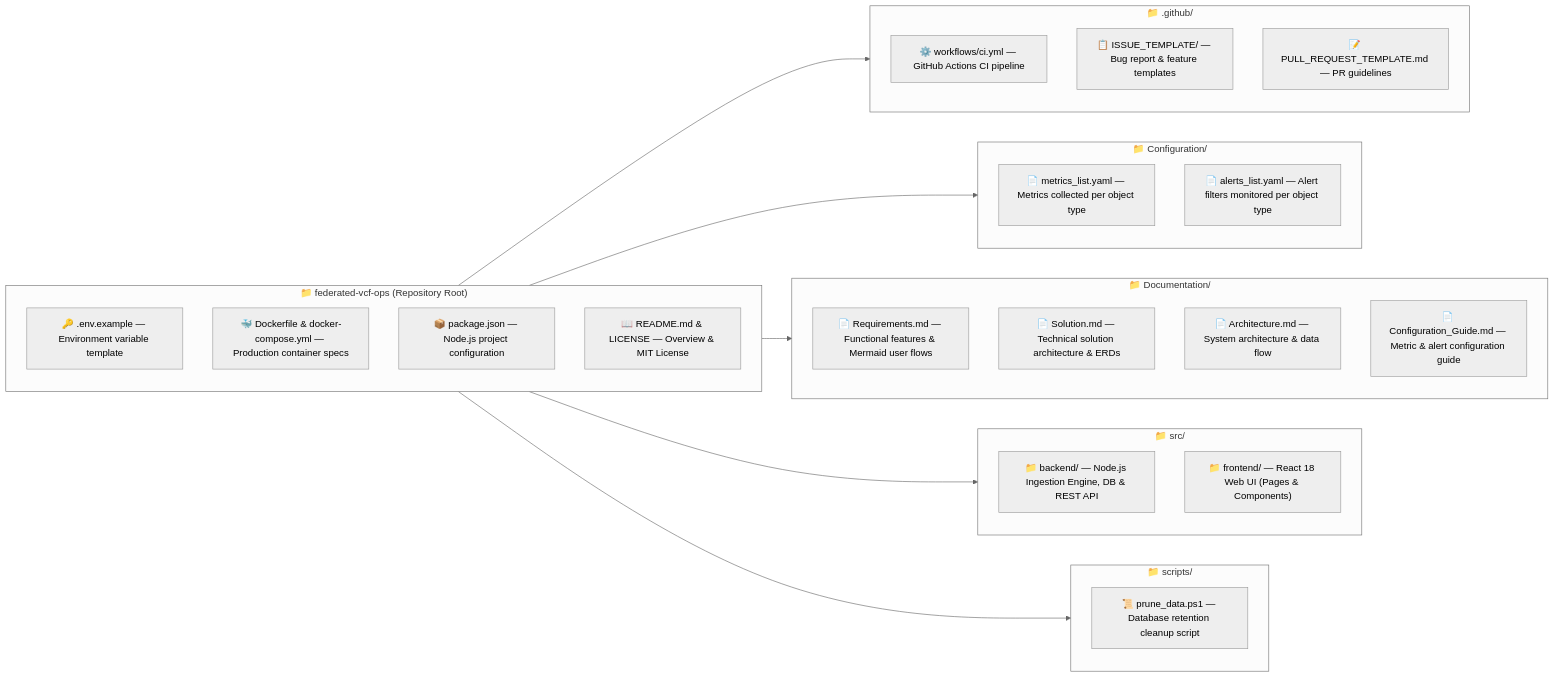
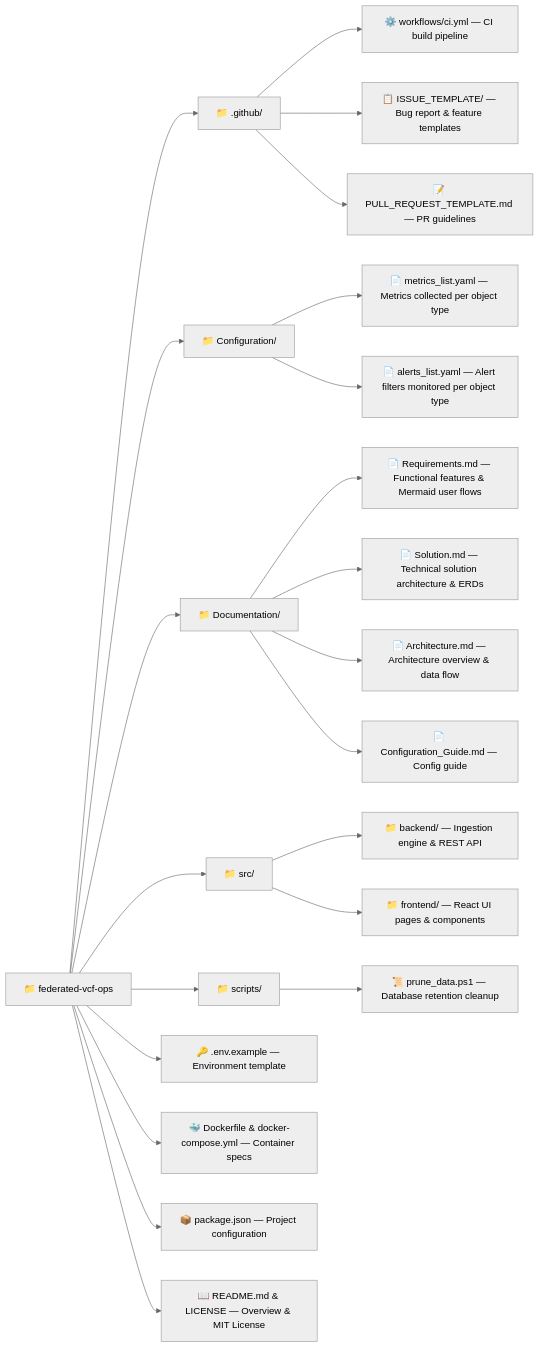
Before and after one commit to e1-rahabok/Federated-VCF-Operations: the diagram in README.md, drawn with Mermaid (neutral theme).

Commit message:
docs: simplify README Mermaid directory layout without subgraphs or custom boxes

````diff
--- a/README.md
+++ b/README.md
@@ -27,50 +27,29 @@
 ```mermaid
-flowchart LR
-    direction LR
+graph LR
+    Root[📁 federated-vcf-ops] --> GH[📁 .github/]
+    GH --> GH1[⚙️ workflows/ci.yml — CI build pipeline]
+    GH --> GH2[📋 ISSUE_TEMPLATE/ — Bug report & feature templates]
+    GH --> GH3[📝 PULL_REQUEST_TEMPLATE.md — PR guidelines]
 
-    subgraph Root ["📁 federated-vcf-ops (Repository Root)"]
-        direction TB
-        env["🔑 .env.example — Environment variable template"]
-        dock["🐳 Dockerfile & docker-compose.yml — Production container specs"]
-        pkg["📦 package.json — Node.js project configuration"]
-        read["📖 README.md & LICENSE — Overview & MIT License"]
-    end
+    Root --> CONF[📁 Configuration/]
+    CONF --> C1[📄 metrics_list.yaml — Metrics collected per object type]
+    CONF --> C2[📄 alerts_list.yaml — Alert filters monitored per object type]
 
-    subgraph GH ["📁 .github/"]
-        direction TB
-        ci["⚙️ workflows/ci.yml — GitHub Actions CI pipeline"]
-        it["📋 ISSUE_TEMPLATE/ — Bug report & feature templates"]
-        pr["📝 PULL_REQUEST_TEMPLATE.md — PR guidelines"]
-    end
+    Root --> DOC[📁 Documentation/]
+    DOC --> D1[📄 Requirements.md — Functional features & Mermaid user flows]
+    DOC --> D2[📄 Solution.md — Technical solution architecture & ERDs]
+    DOC --> D3[📄 Architecture.md — Architecture overview & data flow]
+    DOC --> D4[📄 Configuration_Guide.md — Config guide]
 
-    subgraph CONF ["📁 Configuration/"]
-        direction TB
-        m["📄 metrics_list.yaml — Metrics collected per object type"]
-        a["📄 alerts_list.yaml — Alert filters monitored per object type"]
-    end
+    Root --> SRC[📁 src/]
+    SRC --> B[📁 backend/ — Ingestion engine & REST API]
+    SRC --> F[📁 frontend/ — React UI pages & components]
 
-    subgraph DOC ["📁 Documentation/"]
-        direction TB
-        req["📄 Requirements.md — Functional features & Mermaid user flows"]
-        sol["📄 Solution.md — Technical solution architecture & ERDs"]
-        arch["📄 Architecture.md — System architecture & data flow"]
-        cfg["📄 Configuration_Guide.md — Metric & alert configuration guide"]
-    end
+    Root --> SCR[📁 scripts/]
+    SCR --> S1[📜 prune_data.ps1 — Database retention cleanup]
 
-    subgraph SRC ["📁 src/"]
-        direction TB
-        back["📁 backend/ — Node.js Ingestion Engine, DB & REST API"]
-        front["📁 frontend/ — React 18 Web UI (Pages & Components)"]
-    end
-
-    subgraph SCR ["📁 scripts/"]
-        direction TB
-        ps["📜 prune_data.ps1 — Database retention cleanup script"]
-    end
-
-    Root --> GH
-    Root --> CONF
-    Root --> DOC
-    Root --> SRC
-    Root --> SCR
+    Root --> ENV[🔑 .env.example — Environment template]
+    Root --> DOCK[🐳 Dockerfile & docker-compose.yml — Container specs]
+    Root --> PKG[📦 package.json — Project configuration]
+    Root --> READ[📖 README.md & LICENSE — Overview & MIT License]
 ```
````
